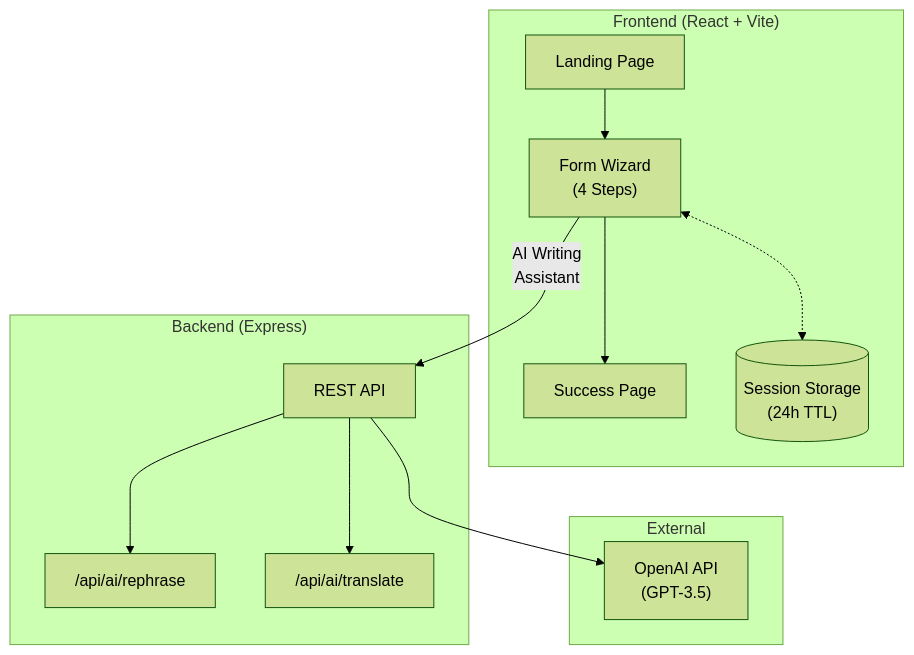
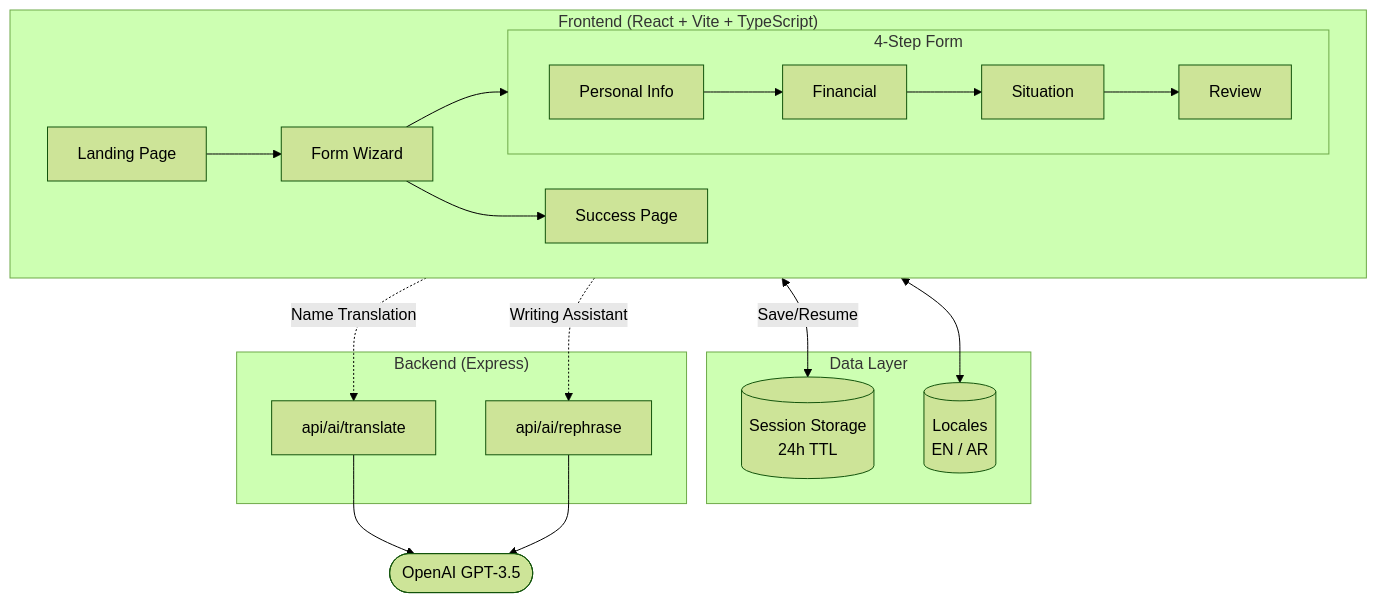
Before and after one commit to yz-abdulrehman-khan/social-support-app: the diagram in README.md, drawn with Mermaid (forest theme). The commit also changed other lines of this file, not shown here.

Commit message:
docs: improve architecture diagram with accurate flow and tech stack table

````diff
--- a/README.md
+++ b/README.md
@@ -158,29 +158,31 @@
 ```mermaid
 flowchart TB
-    subgraph Frontend["Frontend (React + Vite)"]
-        Landing["Landing Page"]
-        Form["Form Wizard<br/>(4 Steps)"]
-        Success["Success Page"]
-        Storage[("Session Storage<br/>(24h TTL)")]
+    subgraph Client["Frontend (React + Vite + TypeScript)"]
+        direction LR
+        Landing[Landing Page] --> Form[Form Wizard]
+        Form --> Success[Success Page]
 
-        Landing --> Form
-        Form --> Success
-        Form <-.-> Storage
+        subgraph FormSteps[4-Step Form]
+            S1[Personal Info] --> S2[Financial] --> S3[Situation] --> S4[Review]
+        end
     end
 
-    subgraph Backend["Backend (Express)"]
-        API["REST API"]
-        Rephrase["/api/ai/rephrase"]
-        Translate["/api/ai/translate"]
-
-        API --> Rephrase
-        API --> Translate
+    subgraph Data["Data Layer"]
+        Storage[(Session Storage<br/>24h TTL)]
+        i18n[(Locales<br/>EN / AR)]
     end
 
-    subgraph External["External"]
-        OpenAI["OpenAI API<br/>(GPT-3.5)"]
+    subgraph Server["Backend (Express)"]
+        Translate["api/ai/translate"]
+        Rephrase["api/ai/rephrase"]
     end
 
-    Form -->|"AI Writing<br/>Assistant"| API
-    API --> OpenAI
+    OpenAI([OpenAI GPT-3.5])
+
+    Form --> FormSteps
+    Form <--> |Save/Resume| Storage
+    Client <--> i18n
+    S1 -.-> |Name Translation| Translate
+    S3 -.-> |Writing Assistant| Rephrase
+    Translate & Rephrase --> OpenAI
 ```
````
